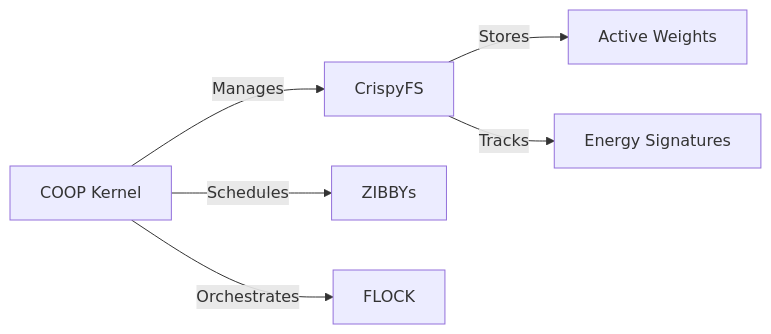
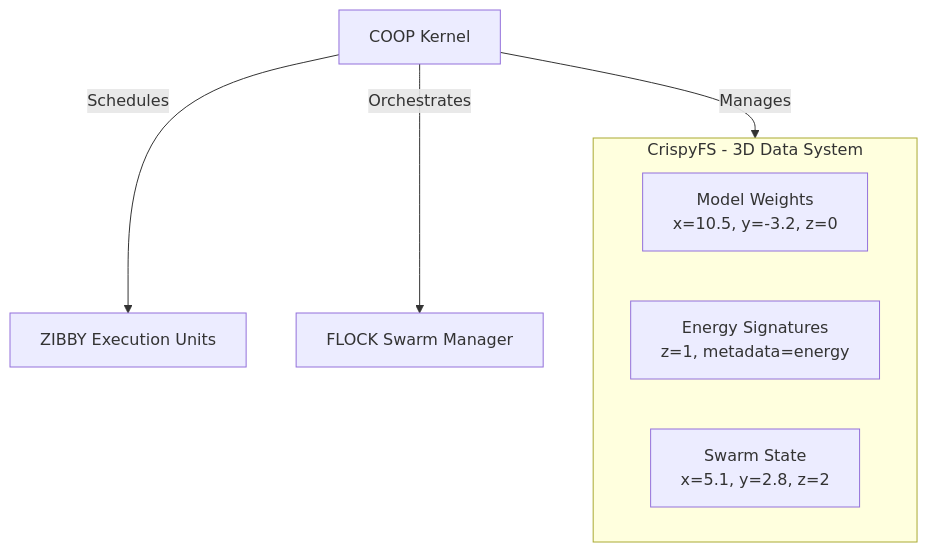
One commit to kurtnitsch/Crispy-Chicken- changed the third of 6 diagrams in README.md. Above: the diagram before and after it, drawn with Mermaid. The commit also changed other lines of this file, not shown here.

````diff
--- a/README.md
+++ b/README.md
@@ -58,11 +89,16 @@
 ```mermaid
-flowchart LR
+flowchart TB
     COOP[COOP Kernel] -->|Manages| CrispyFS
-    COOP -->|Schedules| ZIBBYs
-    COOP -->|Orchestrates| FLOCK
-    CrispyFS -->|Stores| Models[Active Weights]
-    CrispyFS -->|Tracks| Energy[Energy Signatures]
+    COOP -->|Schedules| ZIBBYs[ZIBBY Execution Units]
+    COOP -->|Orchestrates| FLOCK[FLOCK Swarm Manager]
+    
+    subgraph CrispyFS [CrispyFS - 3D Data System]
+        direction LR
+        FS1[Model Weights<br/>x=10.5, y=-3.2, z=0]
+        FS2[Energy Signatures<br/>z=1, metadata=energy]
+        FS3[Swarm State<br/>x=5.1, y=2.8, z=2]
+    end
     
     class COOP kernel
     class CrispyFS database
 ```
````
